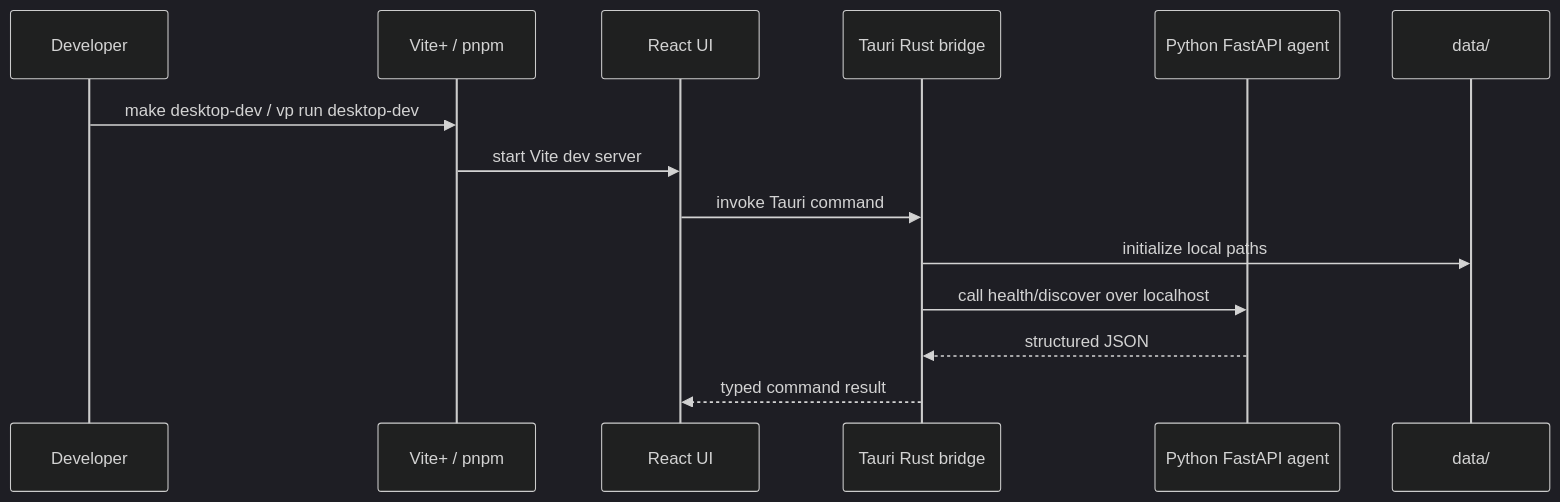
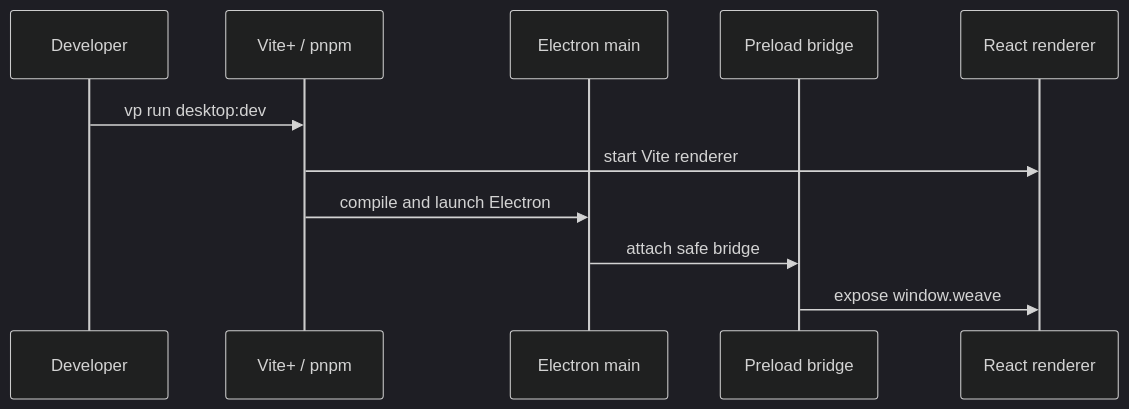
One commit to deweyou/weave changed the second of 2 diagrams in docs/project-structure.md. Above: the diagram before and after it, drawn with Mermaid (dark theme). The commit also changed other lines of this file and 53 other files, not shown here.

First line of the commit message:
chore: initialize electron workspace

````diff
--- a/docs/project-structure.md
+++ b/docs/project-structure.md
@@ -59,17 +43,14 @@
 ```mermaid
 sequenceDiagram
     participant Dev as Developer
-    participant Vite as Vite+ / pnpm
-    participant UI as React UI
-    participant Rust as Tauri Rust bridge
-    participant Py as Python FastAPI agent
-    participant FS as data/
+    participant VP as Vite+ / pnpm
+    participant Main as Electron main
+    participant Preload as Preload bridge
+    participant UI as React renderer
 
-    Dev->>Vite: make desktop-dev / vp run desktop-dev
-    Vite->>UI: start Vite dev server
-    UI->>Rust: invoke Tauri command
-    Rust->>FS: initialize local paths
-    Rust->>Py: call health/discover over localhost
-    Py-->>Rust: structured JSON
-    Rust-->>UI: typed command result
+    Dev->>VP: vp run desktop:dev
+    VP->>UI: start Vite renderer
+    VP->>Main: compile and launch Electron
+    Main->>Preload: attach safe bridge
+    Preload->>UI: expose window.weave
 ```
````
